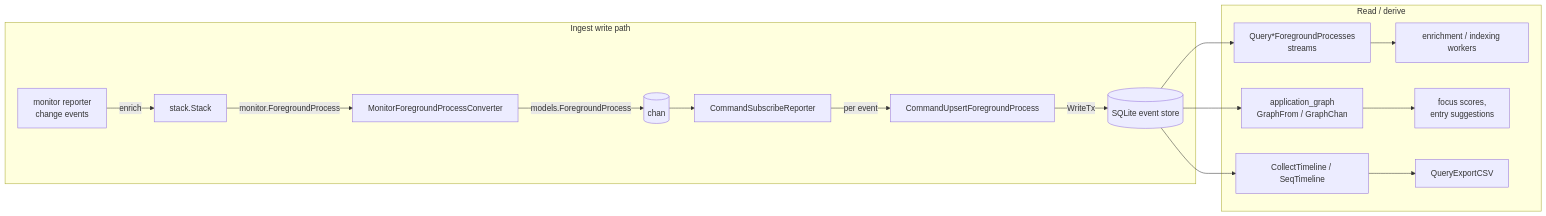
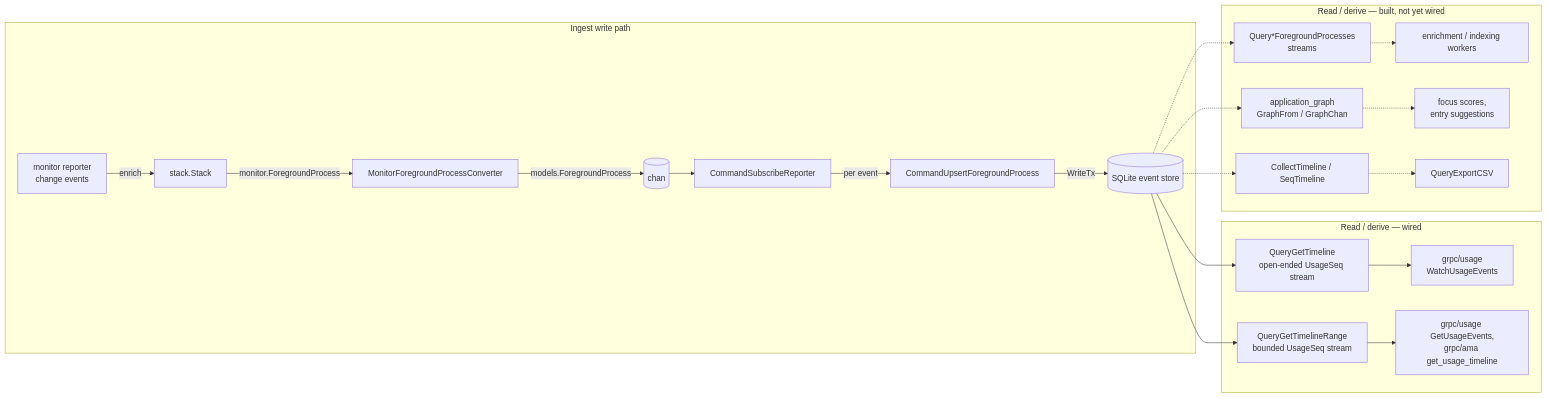
The first of 2 diagrams in sidecar/components/timeline/README.md (skulpturenz/timeboxxing), drawn with Mermaid before and after one commit. The commit also changed other lines of this file and 107 other files, not shown here.

Commit message:
refactor(sidecar)!: remove usage and transition components, add application component, remove usage ama tools which will be replaced by the new stuff from graph later, refactor tests for application_graph, handle many application categories (#34)

````diff
--- a/sidecar/components/timeline/README.md
+++ b/sidecar/components/timeline/README.md
@@ -32,16 +46,20 @@
 ```mermaid
 flowchart LR
     subgraph ingest [Ingest write path]
         R[monitor reporter<br/>change events] -->|enrich| E[stack.Stack]
         E -->|monitor.ForegroundProcess| CV[MonitorForegroundProcessConverter]
         CV -->|models.ForegroundProcess| CH[(chan)]
         CH --> SR[CommandSubscribeReporter]
         SR -->|per event| UP[CommandUpsertForegroundProcess]
         UP -->|WriteTx| DB[(SQLite event store)]
     end
-    subgraph derive [Read / derive]
-        DB --> UN[Query*ForegroundProcesses<br/>streams] --> W[enrichment / indexing workers]
-        DB --> AG[application_graph<br/>GraphFrom / GraphChan] --> M[focus scores,<br/>entry suggestions]
-        DB --> CT[CollectTimeline / SeqTimeline] --> CSV[QueryExportCSV]
+    subgraph derive [Read / derive — wired]
+        DB --> GT[QueryGetTimeline<br/>open-ended UsageSeq stream] --> WU[grpc/usage<br/>WatchUsageEvents]
+        DB --> GR[QueryGetTimelineRange<br/>bounded UsageSeq stream] --> RU[grpc/usage GetUsageEvents,<br/>grpc/ama get_usage_timeline]
+    end
+    subgraph planned [Read / derive — built, not yet wired]
+        DB -.-> UN[Query*ForegroundProcesses<br/>streams] -.-> W[enrichment / indexing workers]
+        DB -.-> AG[application_graph<br/>GraphFrom / GraphChan] -.-> M[focus scores,<br/>entry suggestions]
+        DB -.-> CT[CollectTimeline / SeqTimeline] -.-> CSV[QueryExportCSV]
     end
 ```
````
